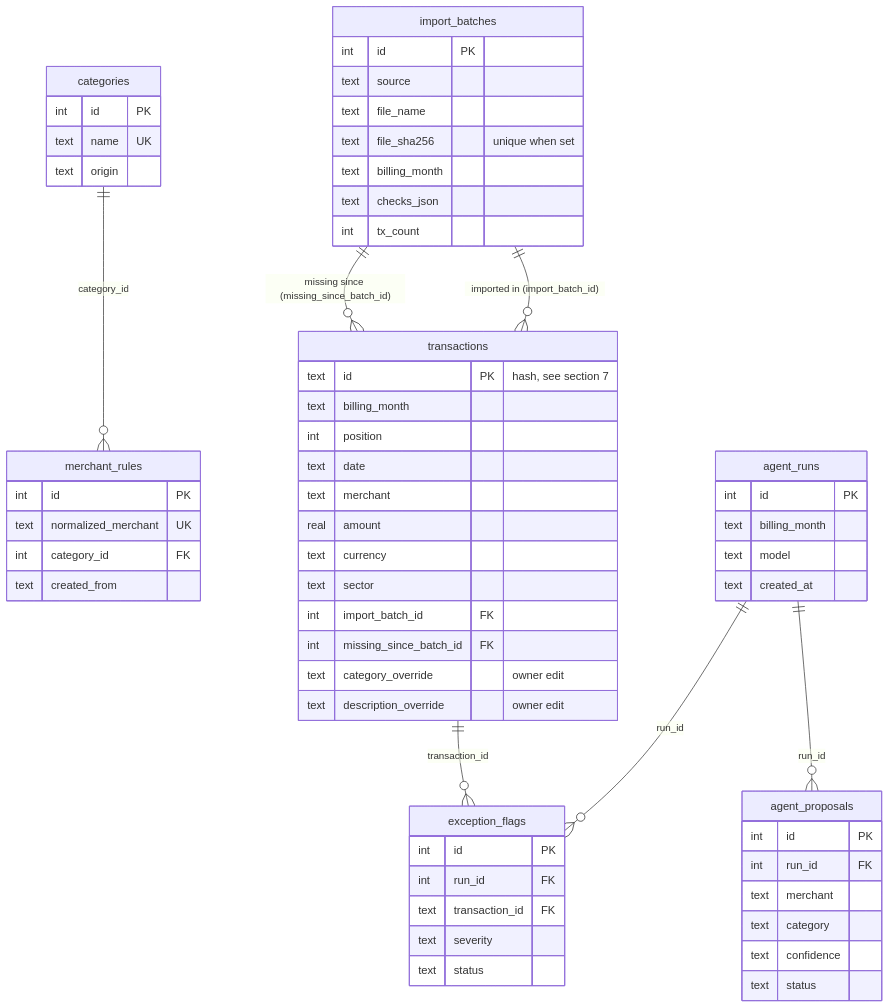
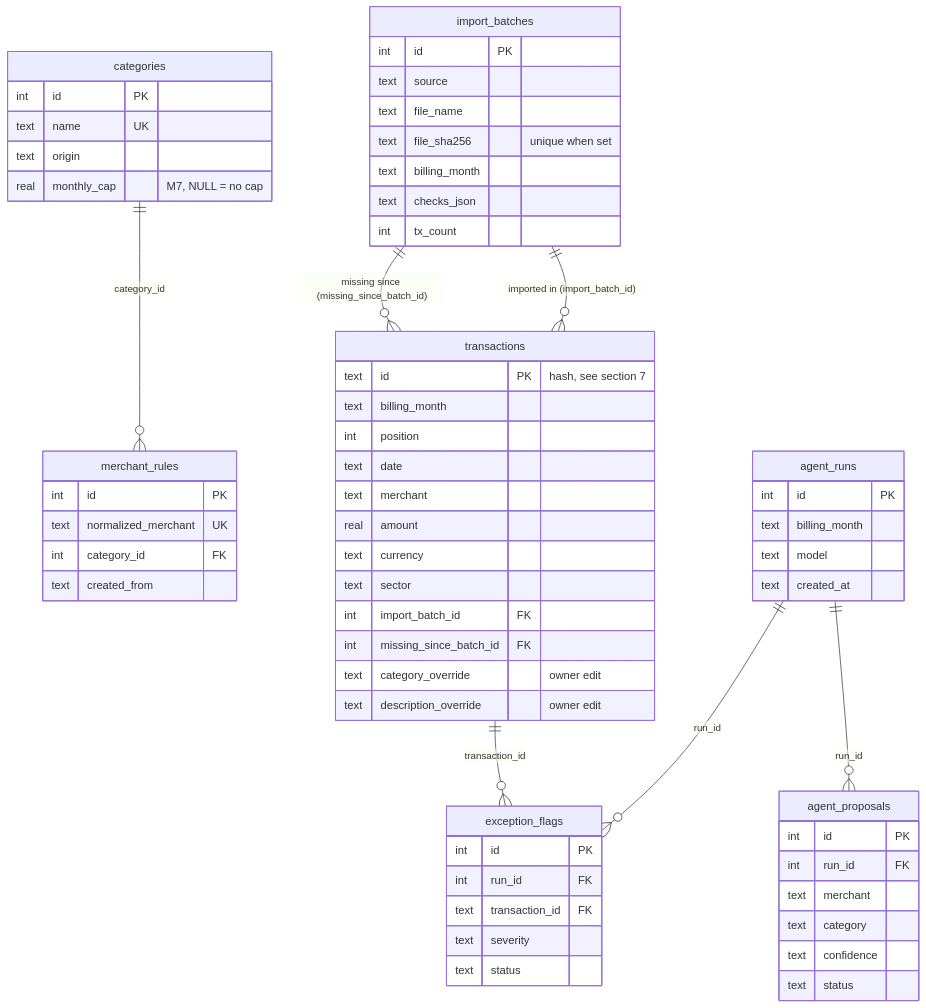
Before and after one commit to ranLotan/agent-loop-from-scratch: the diagram in docs/architecture.md, drawn with Mermaid. The commit also changed other lines of this file and 47 other files, not shown here.

````diff
--- a/docs/architecture.md
+++ b/docs/architecture.md
@@ -217,65 +219,66 @@
 ```mermaid
 erDiagram
   import_batches ||--o{ transactions : "imported in (import_batch_id)"
   import_batches ||--o{ transactions : "missing since (missing_since_batch_id)"
   categories ||--o{ merchant_rules : "category_id"
   agent_runs ||--o{ agent_proposals : "run_id"
   agent_runs ||--o{ exception_flags : "run_id"
   transactions ||--o{ exception_flags : "transaction_id"
 
   import_batches {
     int id PK
     text source
     text file_name
     text file_sha256 "unique when set"
     text billing_month
     text checks_json
     int tx_count
   }
   transactions {
     text id PK "hash, see section 7"
     text billing_month
     int position
     text date
     text merchant
     real amount
     text currency
     text sector
     int import_batch_id FK
     int missing_since_batch_id FK
     text category_override "owner edit"
     text description_override "owner edit"
   }
   categories {
     int id PK
     text name UK
     text origin
+    real monthly_cap "M7, NULL = no cap"
   }
   merchant_rules {
     int id PK
     text normalized_merchant UK
     int category_id FK
     text created_from
   }
   agent_runs {
     int id PK
     text billing_month
     text model
     text created_at
   }
   agent_proposals {
     int id PK
     int run_id FK
     text merchant
     text category
     text confidence
     text status
   }
   exception_flags {
     int id PK
     int run_id FK
     text transaction_id FK
     text severity
     text status
   }
 ```
````
